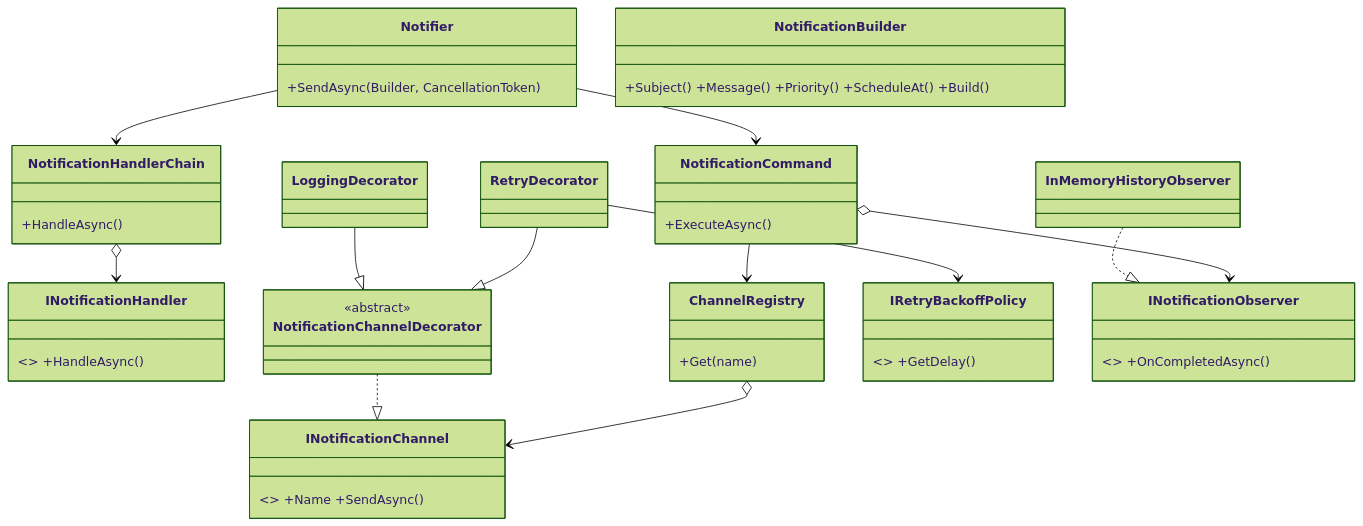
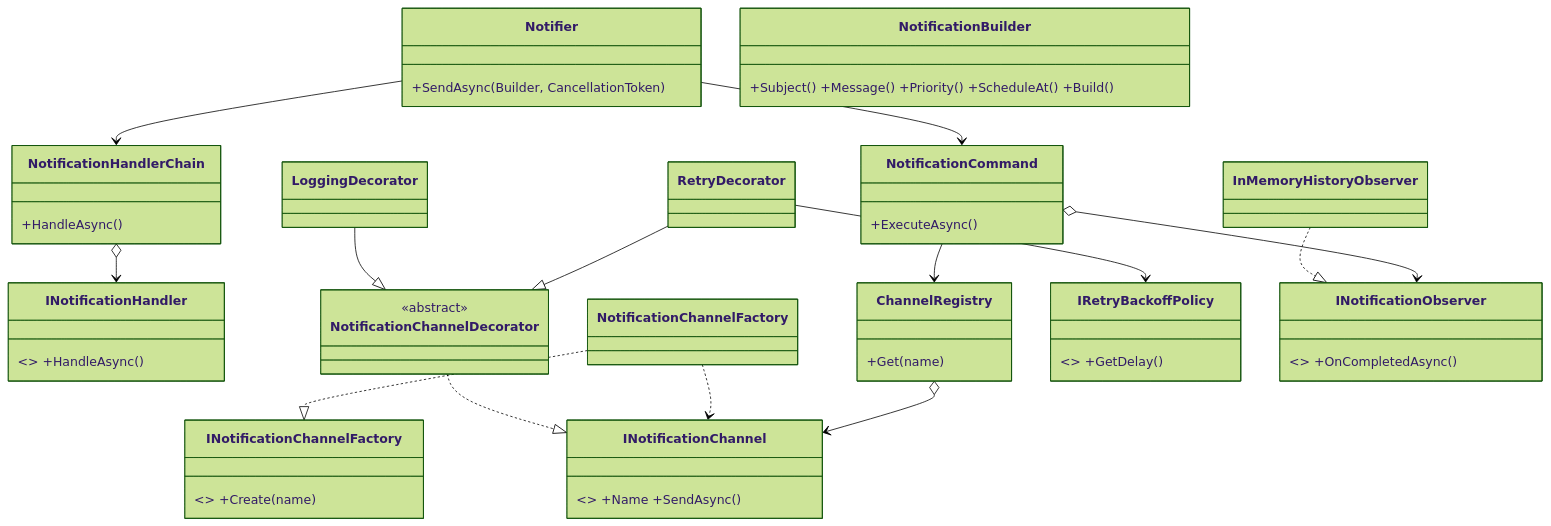
The first of 2 diagrams in README.md (livrosembach/pulse-notify), drawn with Mermaid (forest theme) before and after one commit. The commit also changed other lines of this file and 22 other files, not shown here.

````diff
--- a/README.md
+++ b/README.md
@@ -24,27 +25,31 @@
 ```mermaid
 classDiagram
     class Notifier { +SendAsync(Builder, CancellationToken) }
     class NotificationBuilder { +Subject() +Message() +Priority() +ScheduleAt() +Build() }
     class NotificationHandlerChain { +HandleAsync() }
     class INotificationHandler { <<interface>> +HandleAsync() }
     class NotificationCommand { +ExecuteAsync() }
     class ChannelRegistry { +Get(name) }
+    class INotificationChannelFactory { <<interface>> +Create(name) }
+    class NotificationChannelFactory
     class INotificationChannel { <<interface>> +Name +SendAsync() }
     class NotificationChannelDecorator { <<abstract>> }
     class RetryDecorator
     class LoggingDecorator
     class IRetryBackoffPolicy { <<interface>> +GetDelay() }
     class INotificationObserver { <<interface>> +OnCompletedAsync() }
     class InMemoryHistoryObserver
     Notifier --> NotificationHandlerChain
     Notifier --> NotificationCommand
     NotificationHandlerChain o--> INotificationHandler
     NotificationCommand --> ChannelRegistry
     ChannelRegistry o--> INotificationChannel
+    NotificationChannelFactory ..|> INotificationChannelFactory
+    NotificationChannelFactory ..> INotificationChannel
     NotificationChannelDecorator ..|> INotificationChannel
     RetryDecorator --|> NotificationChannelDecorator
     LoggingDecorator --|> NotificationChannelDecorator
     RetryDecorator --> IRetryBackoffPolicy
     NotificationCommand o--> INotificationObserver
     InMemoryHistoryObserver ..|> INotificationObserver
 ```
````
